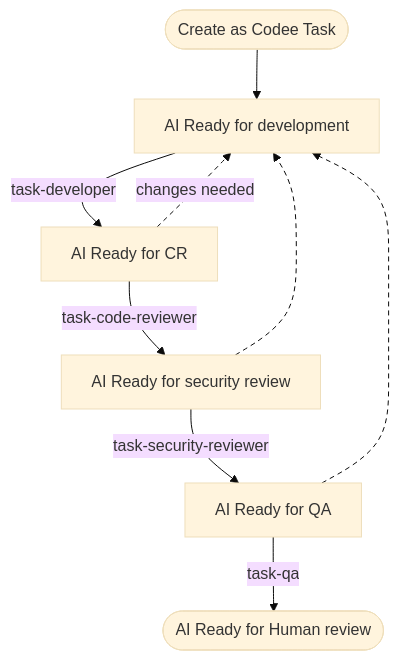
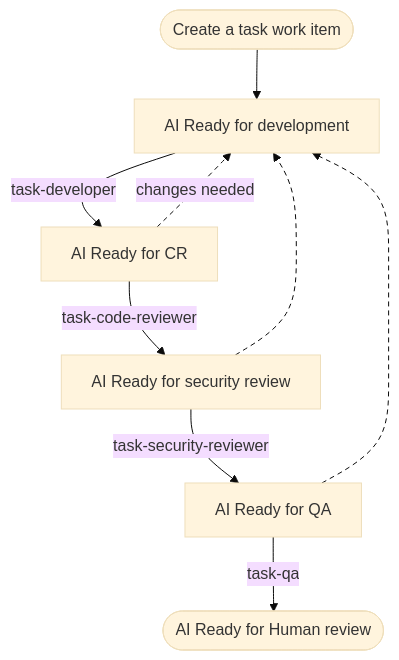
Before and after one commit to fusebase-dev/codee: the second of 2 diagrams in docs/docs/tutorials/working-on-tasks-in-azure-devops.mdx, drawn with Mermaid (base theme). The commit also changed other lines of this file and 5 other files, not shown here.

````diff
--- a/docs/docs/tutorials/working-on-tasks-in-azure-devops.mdx
+++ b/docs/docs/tutorials/working-on-tasks-in-azure-devops.mdx
@@ -498,15 +533,15 @@
 ```mermaid
 flowchart TD
-    start([Create as Codee Task]) --> dev[AI Ready for development]
+    start([Create a task work item]) --> dev[AI Ready for development]
     dev -->|task-developer| cr[AI Ready for CR]
     cr -->|task-code-reviewer| sec[AI Ready for security review]
     sec -->|task-security-reviewer| qa[AI Ready for QA]
     qa -->|task-qa| done([AI Ready for Human review])
     cr -.->|changes needed| dev
     sec -.-> dev
     qa -.-> dev
 
     class start,done human
     class dev,cr,sec,qa codee
     linkStyle 5,6,7 stroke-dasharray: 5 4
 ```
````
